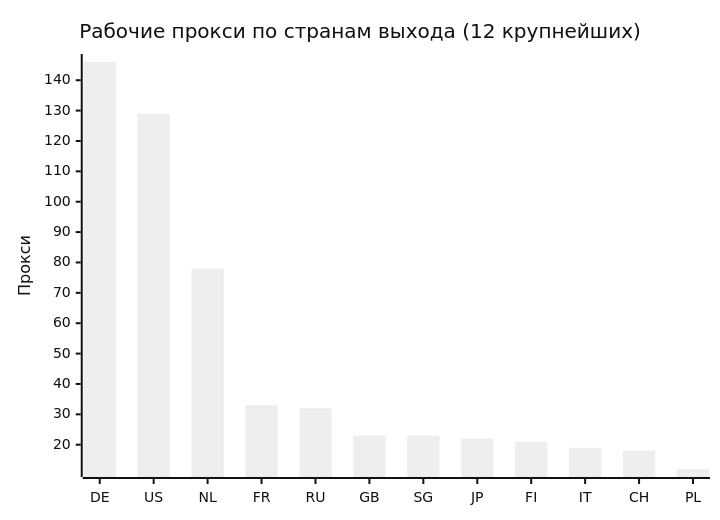
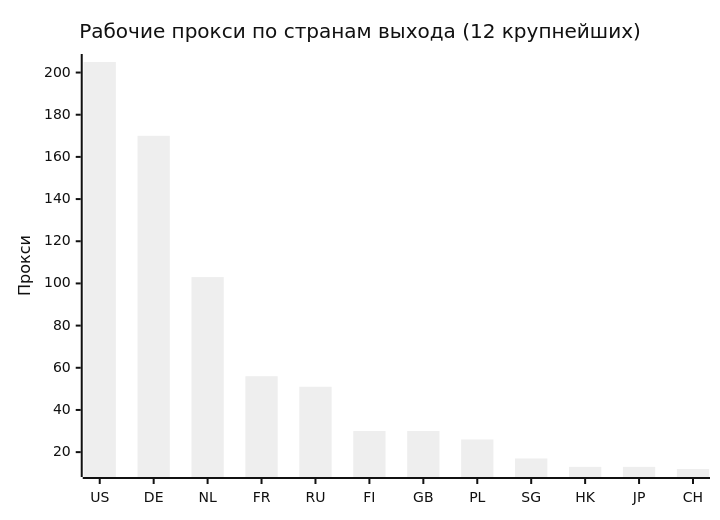
The second of 4 diagrams in README.md (rvvg/proxy-subs), drawn with Mermaid (neutral theme) before and after one commit. The commit also changed other lines of this file and 52 other files, not shown here.

````diff
--- a/README.md
+++ b/README.md
@@ -127,7 +132,7 @@
 ```mermaid
 xychart-beta
     title "Рабочие прокси по странам выхода (12 крупнейших)"
-    x-axis ["DE", "US", "NL", "FR", "RU", "GB", "SG", "JP", "FI", "IT", "CH", "PL"]
+    x-axis ["US", "DE", "NL", "FR", "RU", "FI", "GB", "PL", "SG", "HK", "JP", "CH"]
     y-axis "Прокси"
-    bar [146, 129, 78, 33, 32, 23, 23, 22, 21, 19, 18, 12]
+    bar [205, 170, 103, 56, 51, 30, 30, 26, 17, 13, 13, 12]
 ```
````
